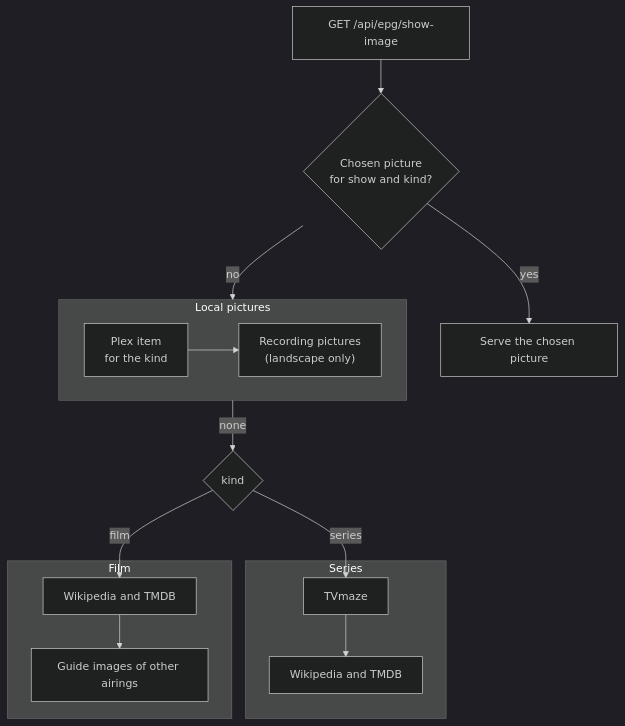
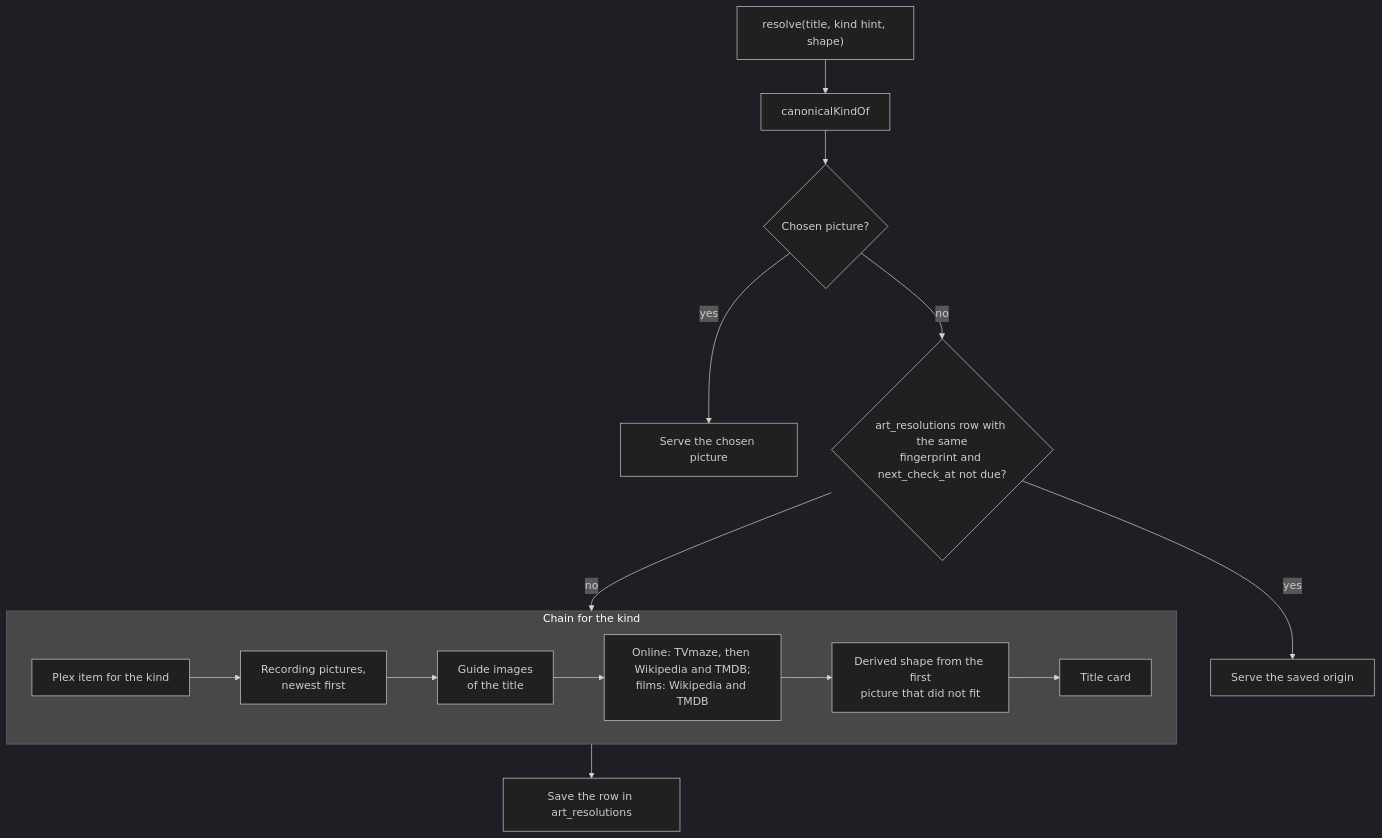
The ninth of 9 diagrams in docs/DEEP_DIVE.md (furey/freetvarr), drawn with Mermaid (dark theme) before and after one commit. The commit also changed other lines of this file and 30 other files, not shown here.

````diff
--- a/docs/DEEP_DIVE.md
+++ b/docs/DEEP_DIVE.md
@@ -1168,18 +1194,17 @@
 ```mermaid
 flowchart TD
-  request["GET /api/epg/show-image"] --> chosen{"Chosen picture<br>for show and kind?"}
-  chosen -- yes --> chosenImage["Serve the chosen picture"]
-  chosen -- no --> local
-  subgraph local["Local pictures"]
-    plex["Plex item<br>for the kind"] --> recording["Recording pictures<br>(landscape only)"]
+  request["resolve(title, kind hint, shape)"] --> kind["canonicalKindOf"]
+  kind --> choice{"Chosen picture?"}
+  choice -- yes --> serveChoice["Serve the chosen picture"]
+  choice -- no --> saved{"art_resolutions row with the same<br>fingerprint and next_check_at not due?"}
+  saved -- yes --> serveSaved["Serve the saved origin"]
+  saved -- no --> chain
+  subgraph chain["Chain for the kind"]
+    plex["Plex item for the kind"] --> recording["Recording pictures,<br>newest first"]
+    recording --> guide["Guide images<br>of the title"]
+    guide --> online["Online: TVmaze, then Wikipedia and TMDB;<br>films: Wikipedia and TMDB"]
+    online --> derived["Derived shape from the first<br>picture that did not fit"]
+    derived --> card["Title card"]
   end
-  local -- none --> kind{"kind"}
-  subgraph series["Series"]
-    tvmaze["TVmaze"] --> online["Wikipedia and TMDB"]
-  end
-  subgraph film["Film"]
-    onlineFilm["Wikipedia and TMDB"] --> airings["Guide images of other airings"]
-  end
-  kind -- series --> tvmaze
-  kind -- film --> onlineFilm
+  chain --> store["Save the row in art_resolutions"]
 ```
````
